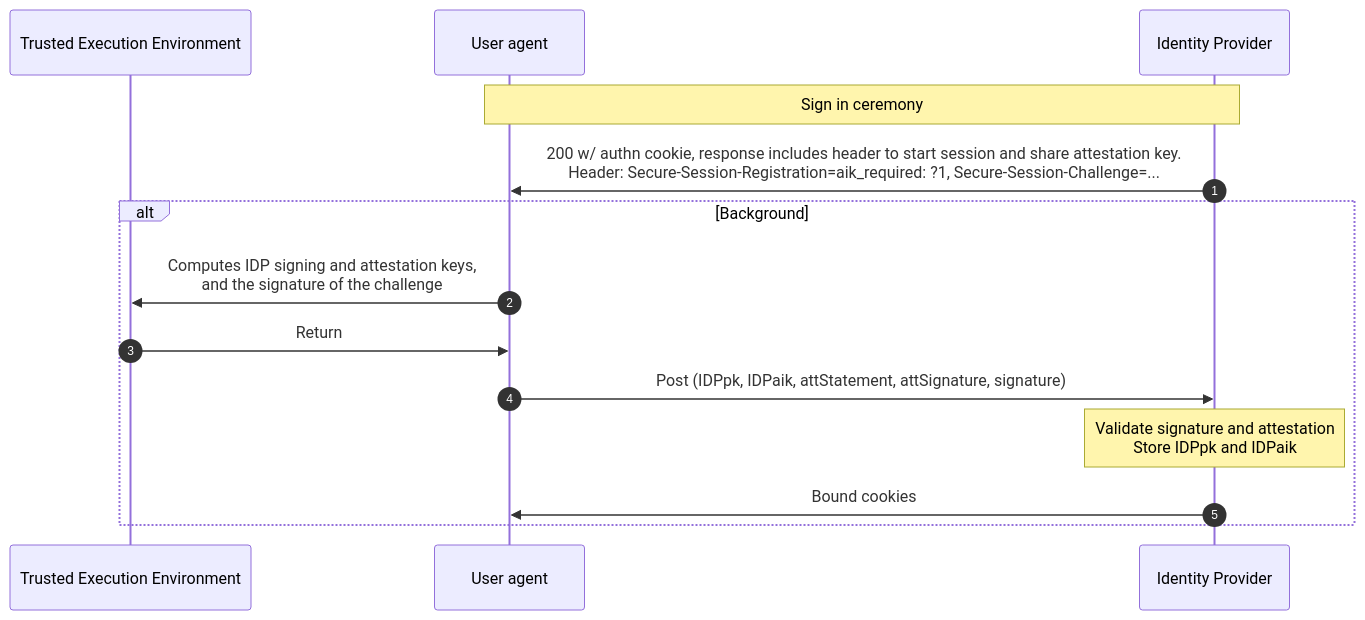
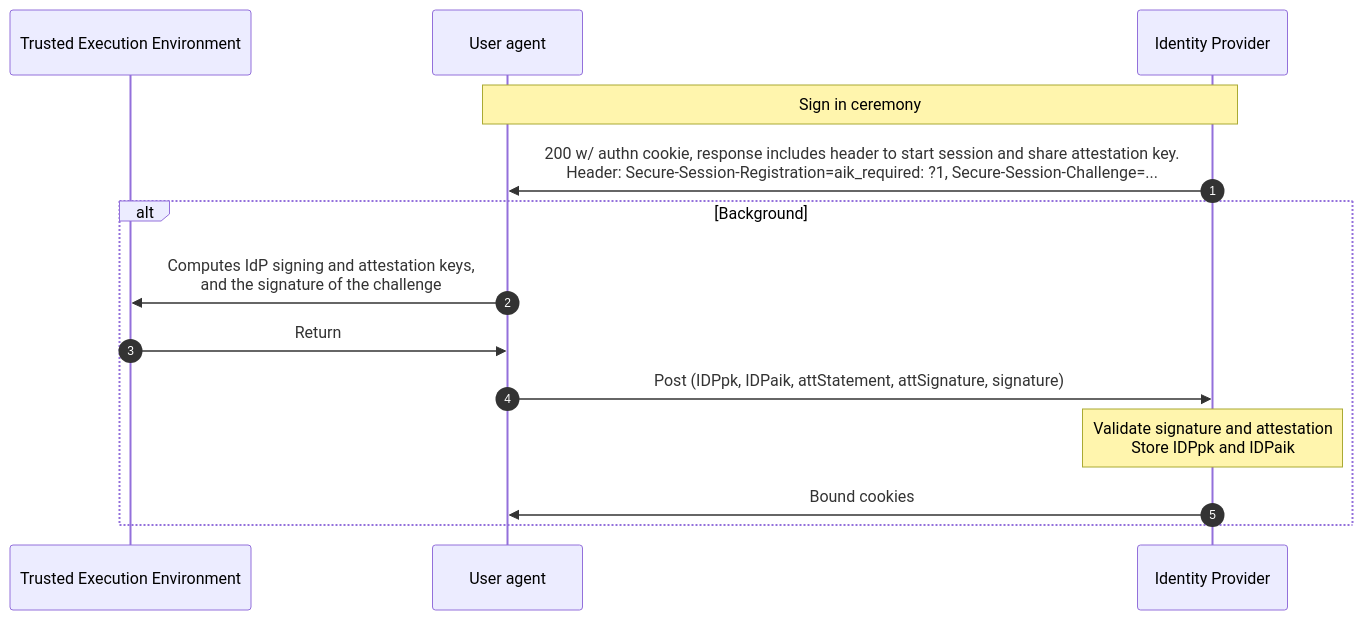
One commit to lucasrsant/dbsc-sso changed the third of 4 diagrams in README.md. Above: the diagram before and after it, drawn with Mermaid. The commit also changed other lines of this file, not shown here.

````diff
--- a/README.md
+++ b/README.md
@@ -226,20 +226,20 @@
 ```mermaid
 sequenceDiagram
 	autonumber
 	
 	participant t as Trusted Execution Environment
 	participant u as User agent
 	participant i as Identity Provider
 	
 	note  over  u, i: Sign in ceremony
 	i->>u: 200 w/ authn cookie, response includes header to start session and share attestation key.<br>Header: Secure-Session-Registration=aik_required: ?1, Secure-Session-Challenge=...
 
 	alt  Background
-		u->>t: Computes IDP signing and attestation keys,<br>and the signature of the challenge
+		u->>t: Computes IdP signing and attestation keys,<br>and the signature of the challenge
 		t->>u: Return
 		u->>i: Post (IDPpk, IDPaik, attStatement, attSignature, signature)
 		
 		note  over  i: Validate signature and attestation<br>Store IDPpk and IDPaik
 		i->>u: Bound cookies
 	end
 ```
````
